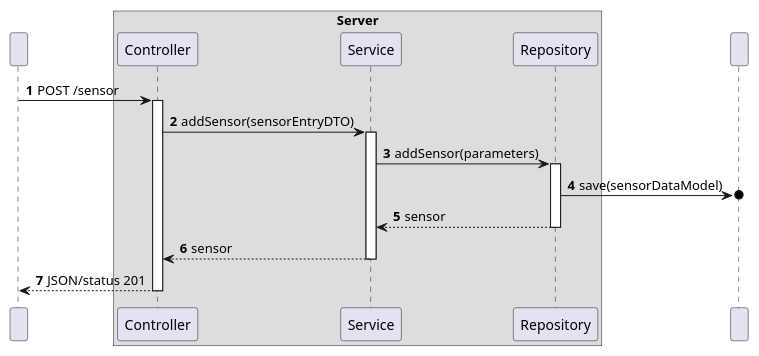
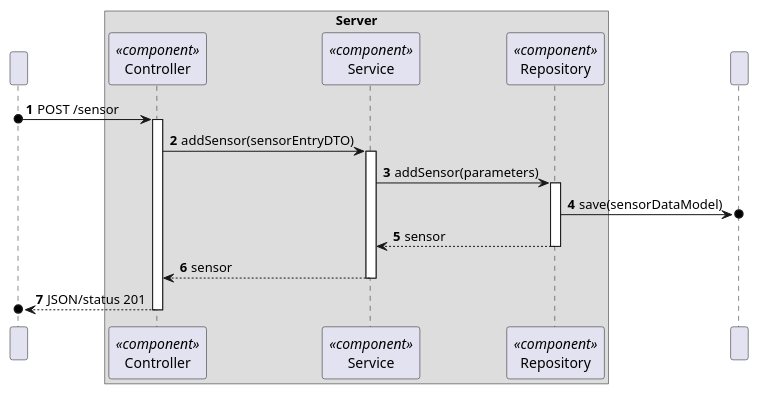
Before and after one commit to moutajDev/smarthome: the diagram in docs/C4_4plus1_models/Level4/ProcessView/ProcessViewLevel4_UC07.puml, drawn with PlantUML. The commit also changed 46 other files, not shown here.

```diff
--- a/docs/C4_4plus1_models/Level4/ProcessView/ProcessViewLevel4_UC07.puml
+++ b/docs/C4_4plus1_models/Level4/ProcessView/ProcessViewLevel4_UC07.puml
@@ -1,39 +1,39 @@
 @startuml
 'https://plantuml.com/sequence-diagram
 !pragma layout smetana
 
 autonumber
 
 participant " " as HTTP
 
 box "Server"
-    participant "Controller" as CTRL
-    participant "Service" as SV
-    participant "Repository" as RP
+    participant "Controller" as CTRL<<component>>
+    participant "Service" as SV<<component>>
+    participant "Repository" as RP<<component>>
 
 end box
 participant " " as BD
 
 
-HTTP -> CTRL : POST /sensor
+HTTP o-> CTRL : POST /sensor
 activate CTRL
 
 CTRL -> SV : addSensor(sensorEntryDTO)
 activate SV
 
 SV -> RP : addSensor(parameters)
 activate RP
 
 RP ->o BD : save(sensorDataModel)
 
 RP --> SV : sensor
 deactivate RP
 
 SV --> CTRL : sensor
 deactivate SV
 
-CTRL --> HTTP : JSON/status 201
+CTRL -->o HTTP : JSON/status 201
 deactivate CTRL
 
 
 @enduml
```
